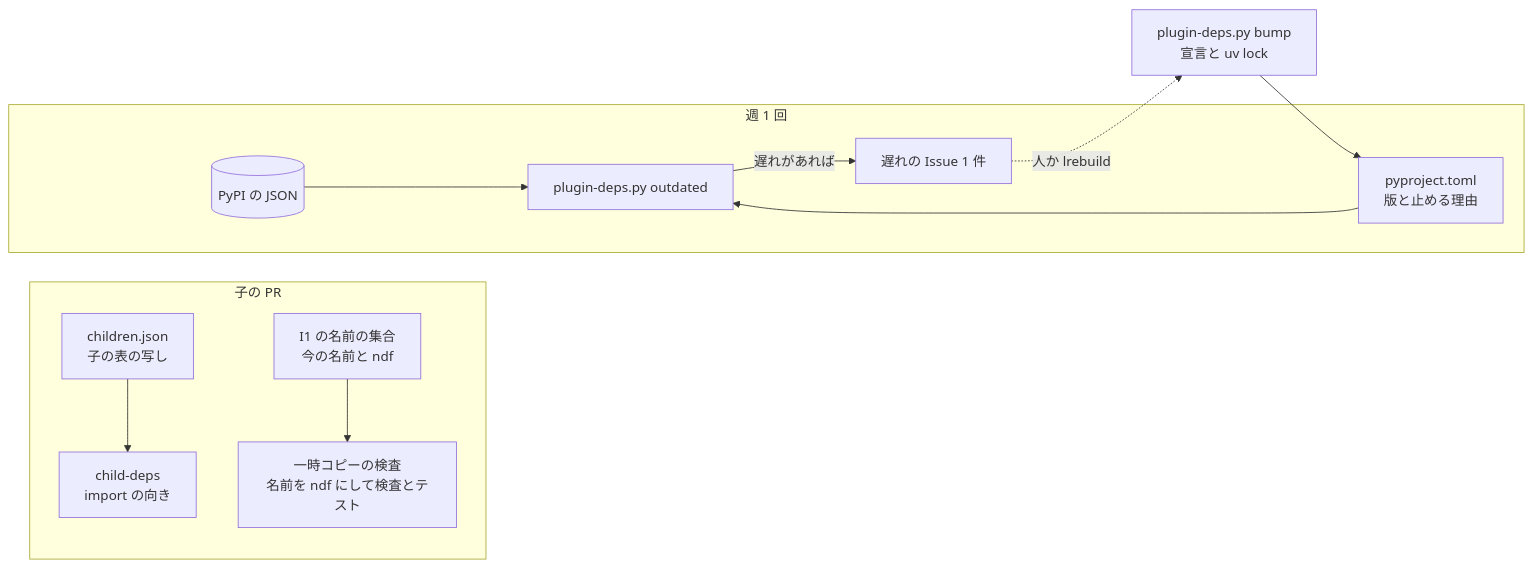
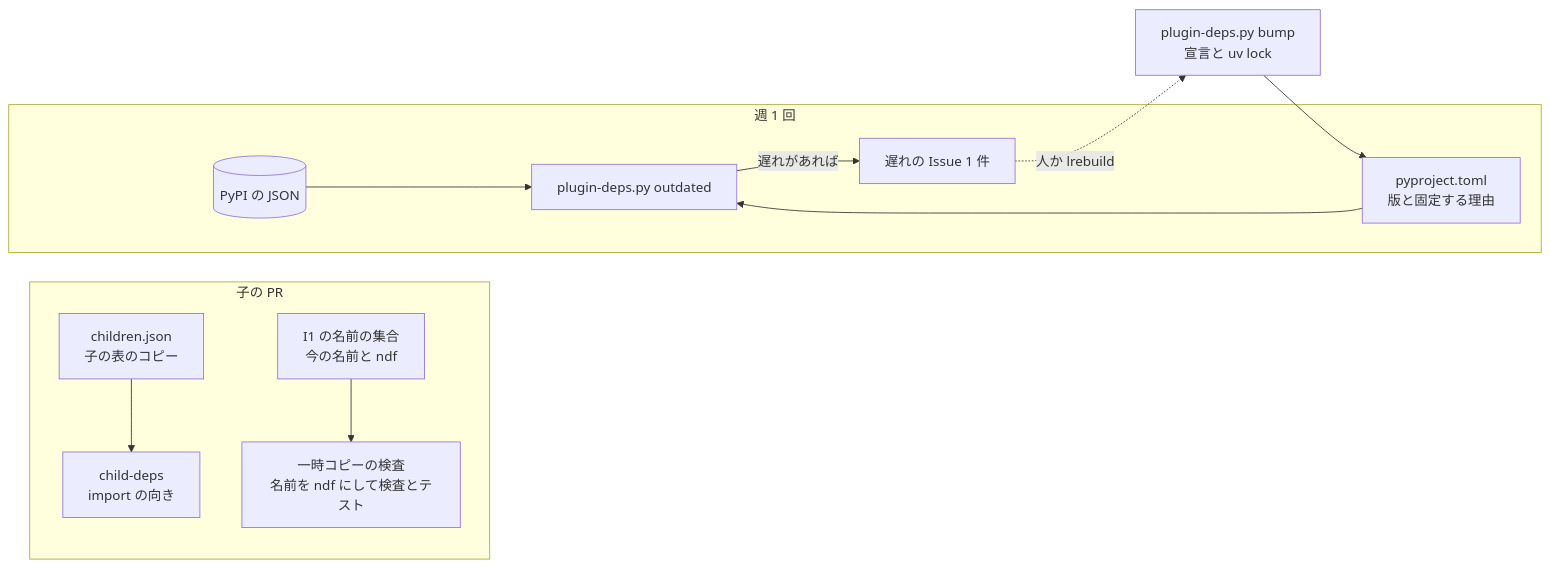
The diagram in issues/issue-3347-design.md (devbasex/ai-plugins), drawn with Mermaid before and after one commit. The commit also changed other lines of this file and 1 other file, not shown here.

````diff
--- a/issues/issue-3347-design.md
+++ b/issues/issue-3347-design.md
@@ -199,14 +201,14 @@
 ```mermaid
 graph LR
     subgraph 子の PR
-        CH[children.json<br>子の表の写し] --> CD[child-deps<br>import の向き]
+        CH[children.json<br>子の表のコピー] --> CD[child-deps<br>import の向き]
         I1[I1 の名前の集合<br>今の名前と ndf] --> TMP[一時コピーの検査<br>名前を ndf にして検査とテスト]
     end
     subgraph 週 1 回
         PY[(PyPI の JSON)] --> OUT[plugin-deps.py outdated]
-        DECL[pyproject.toml<br>版と止める理由] --> OUT
+        DECL[pyproject.toml<br>版と固定する理由] --> OUT
         OUT -->|遅れがあれば| ISS[遅れの Issue 1 件]
     end
     ISS -.->|人か lrebuild| BUMP[plugin-deps.py bump<br>宣言と uv lock]
     BUMP --> DECL
 ```
````
